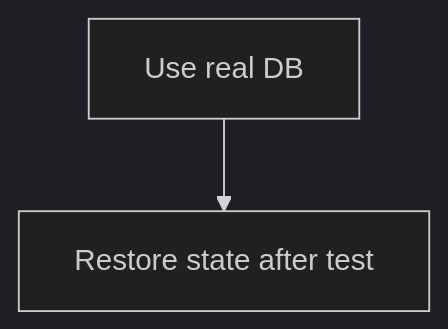
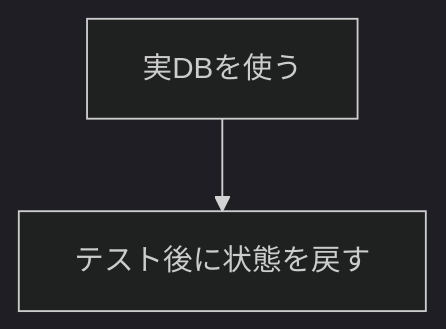
The eighth of 8 diagrams in internal/infrastructure/rdb/testkit/README.md (Tomy-ch/go-boilerplate), drawn with Mermaid (dark theme) before and after one commit. The commit also changed other lines of this file and 970 other files, not shown here.

````diff
--- a/internal/infrastructure/rdb/testkit/README.md
+++ b/internal/infrastructure/rdb/testkit/README.md
@@ -267,7 +270,7 @@
 ```mermaid
 flowchart TD
-    A[Use real DB]
-    B[Restore state after test]
+    A[実DBを使う]
+    B[テスト後に状態を戻す]
 
     A --> B
 ```
````
